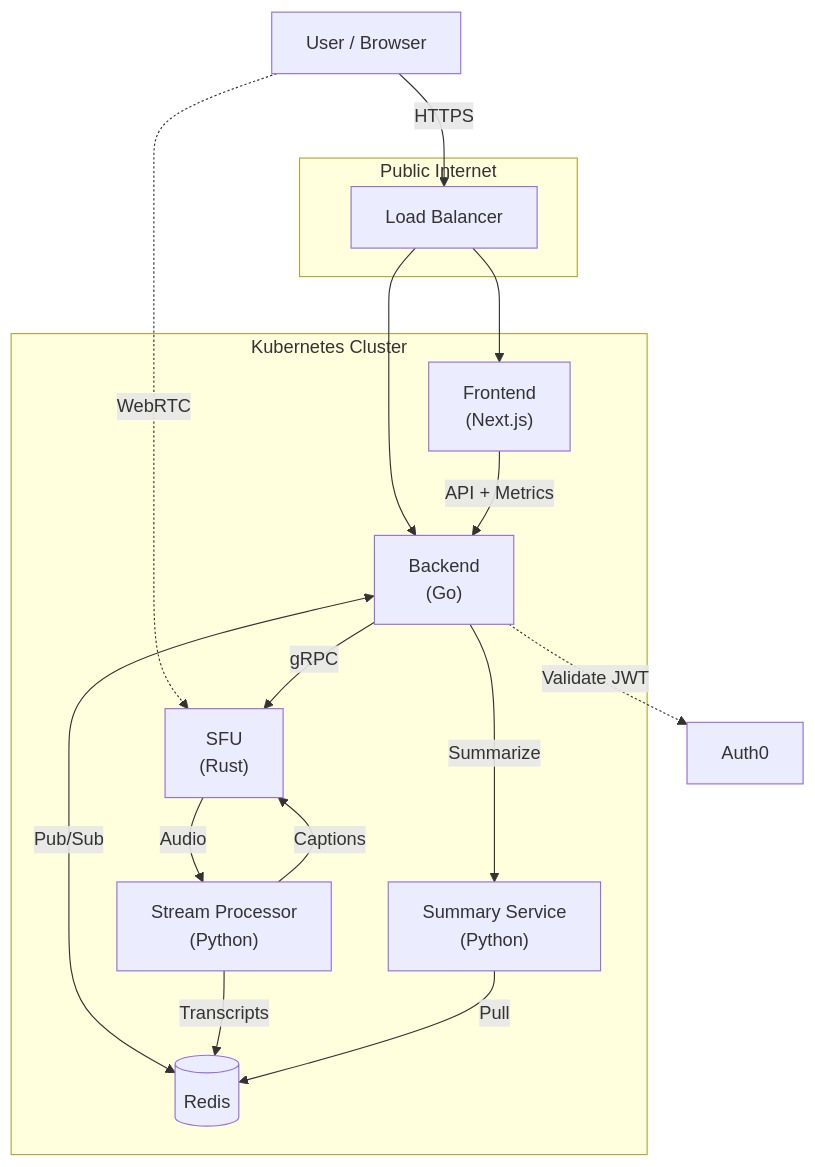
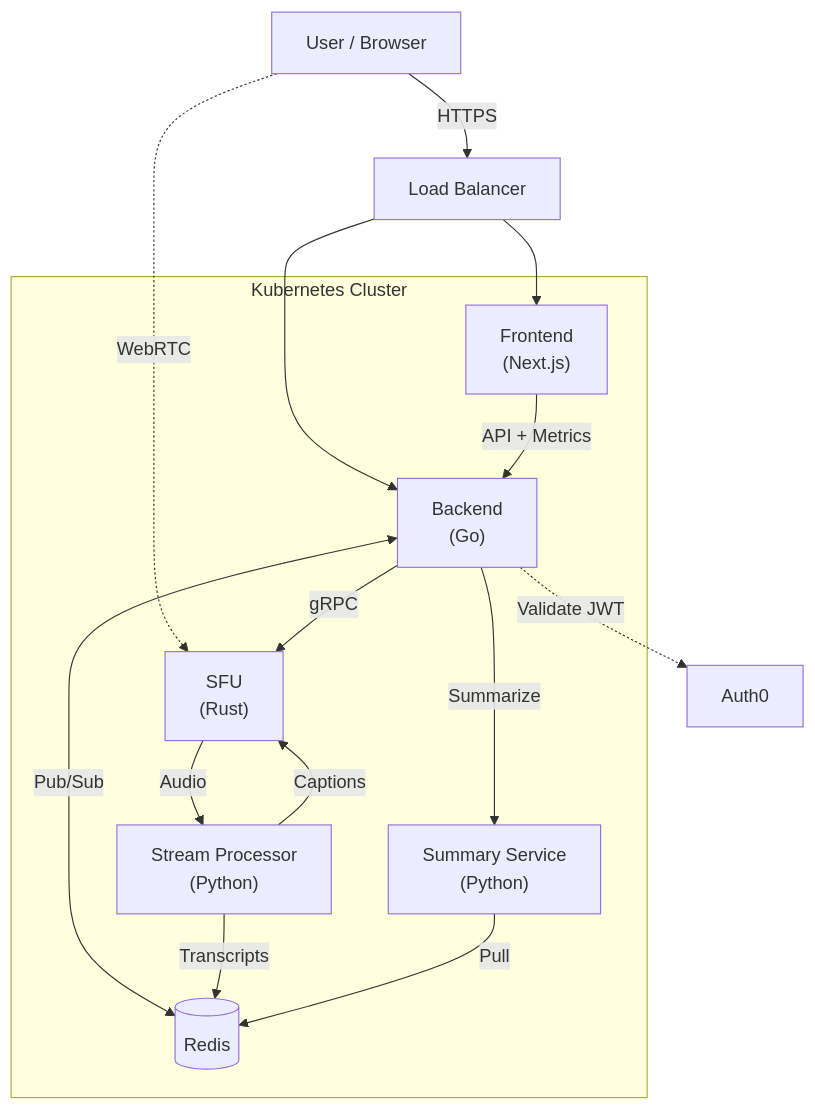
One commit to RoseWrightdev/Video-Conferencing changed the diagram in README.md. Above: the diagram before and after it, drawn with Mermaid.

Commit message:
docs: Remove "Public Internet" subgraph from Mermaid diagram.

````diff
--- a/README.md
+++ b/README.md
@@ -13,33 +13,30 @@
 ```mermaid
 graph TD
     User["User / Browser"]
     Auth0["Auth0"]
-    
-    subgraph "Public Internet"
-        LB["Load Balancer"]
-    end
+    LB["Load Balancer"]
     
     subgraph "Kubernetes Cluster"
         FE["Frontend<br/>(Next.js)"]
         BE["Backend<br/>(Go)"]
         SFU["SFU<br/>(Rust)"]
         CC["Stream Processor<br/>(Python)"]
         Sum["Summary Service<br/>(Python)"]
         Redis[("Redis")]
     end
 
     User -->|HTTPS| LB
     User -.->|WebRTC| SFU
     LB --> FE
     LB --> BE
     
     BE -.->|Validate JWT| Auth0
     FE -->|API + Metrics| BE
     BE -->|gRPC| SFU
     BE <-->|Pub/Sub| Redis
     SFU -->|Audio| CC
     CC -->|Captions| SFU
     CC -->|Transcripts| Redis
     BE -->|Summarize| Sum
     Sum -->|Pull| Redis
 ```
````
